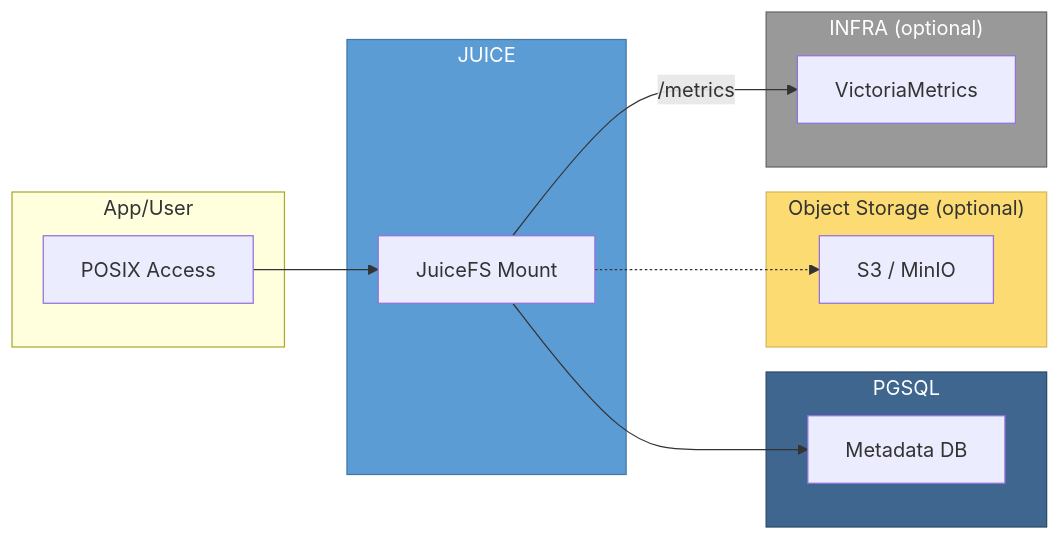
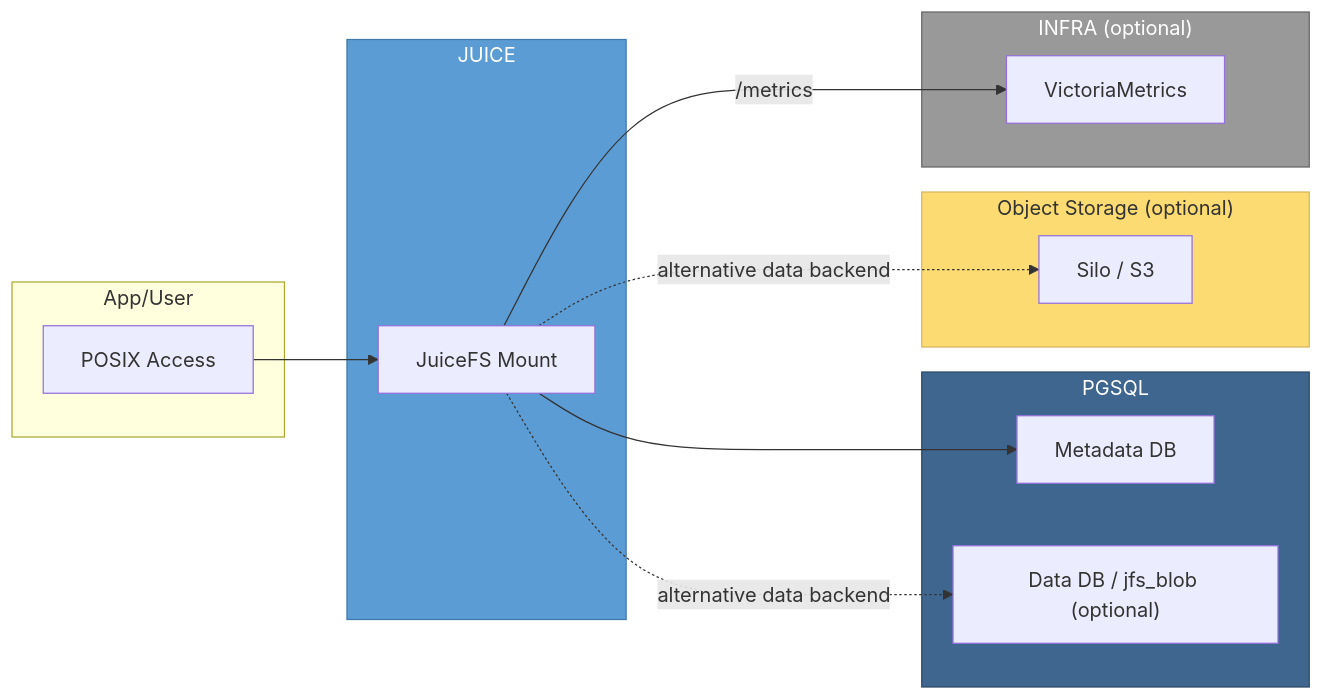
The diagram in content/docs/juice/_index.md (pgsty/pigsty.io), drawn with Mermaid before and after one commit. The commit also changed other lines of this file and 39 other files, not shown here.

````diff
--- a/content/docs/juice/_index.md
+++ b/content/docs/juice/_index.md
@@ -15,32 +15,34 @@
 ```mermaid
 flowchart LR
     subgraph Client["App/User"]
         app["POSIX Access"]
     end
 
     subgraph JUICE["JUICE"]
         jfs["JuiceFS Mount"]
     end
 
     subgraph PGSQL["PGSQL"]
         meta["Metadata DB"]
+        blob["Data DB / jfs_blob (optional)"]
     end
 
     subgraph Object["Object Storage (optional)"]
-        s3["S3 / MinIO"]
+        s3["Silo / S3"]
     end
 
     subgraph INFRA["INFRA (optional)"]
         vm["VictoriaMetrics"]
     end
 
     app --> jfs
     jfs --> meta
-    jfs -.-> s3
+    jfs -.->|alternative data backend| blob
+    jfs -.->|alternative data backend| s3
     jfs -->|/metrics| vm
 
     style JUICE fill:#5B9CD5,stroke:#4178a8,color:#fff
     style PGSQL fill:#3E668F,stroke:#2d4a66,color:#fff
     style Object fill:#FCDB72,stroke:#d4b85e,color:#333
     style INFRA fill:#999,stroke:#666,color:#fff
 ```
````
